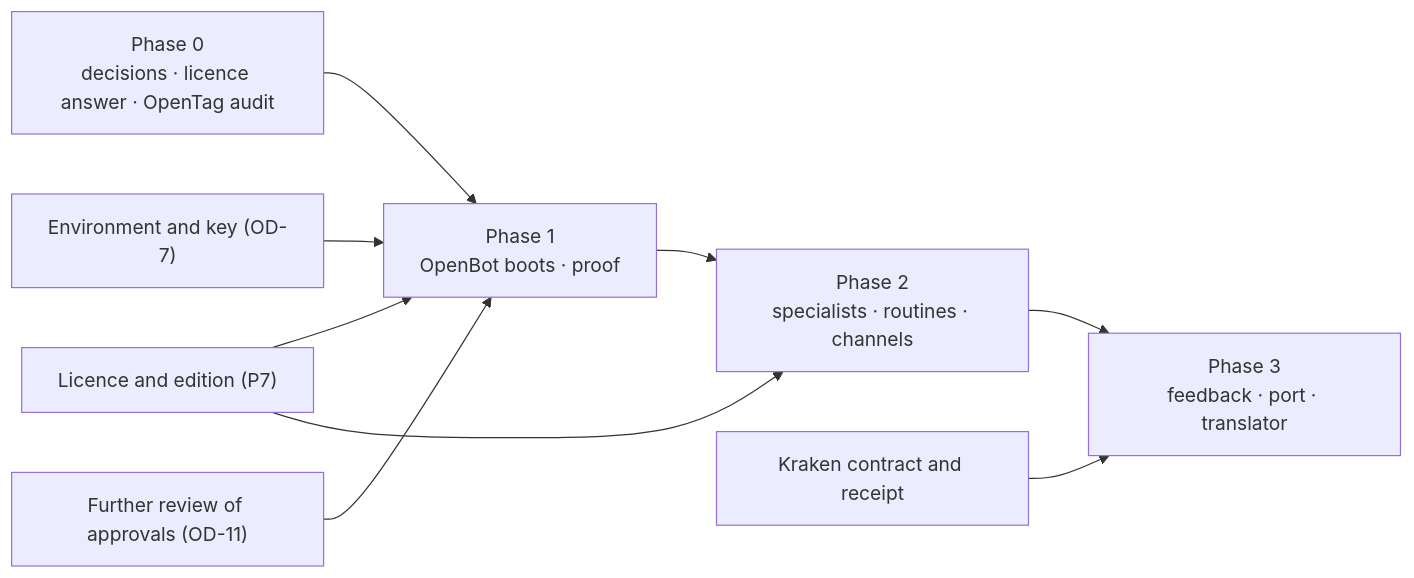
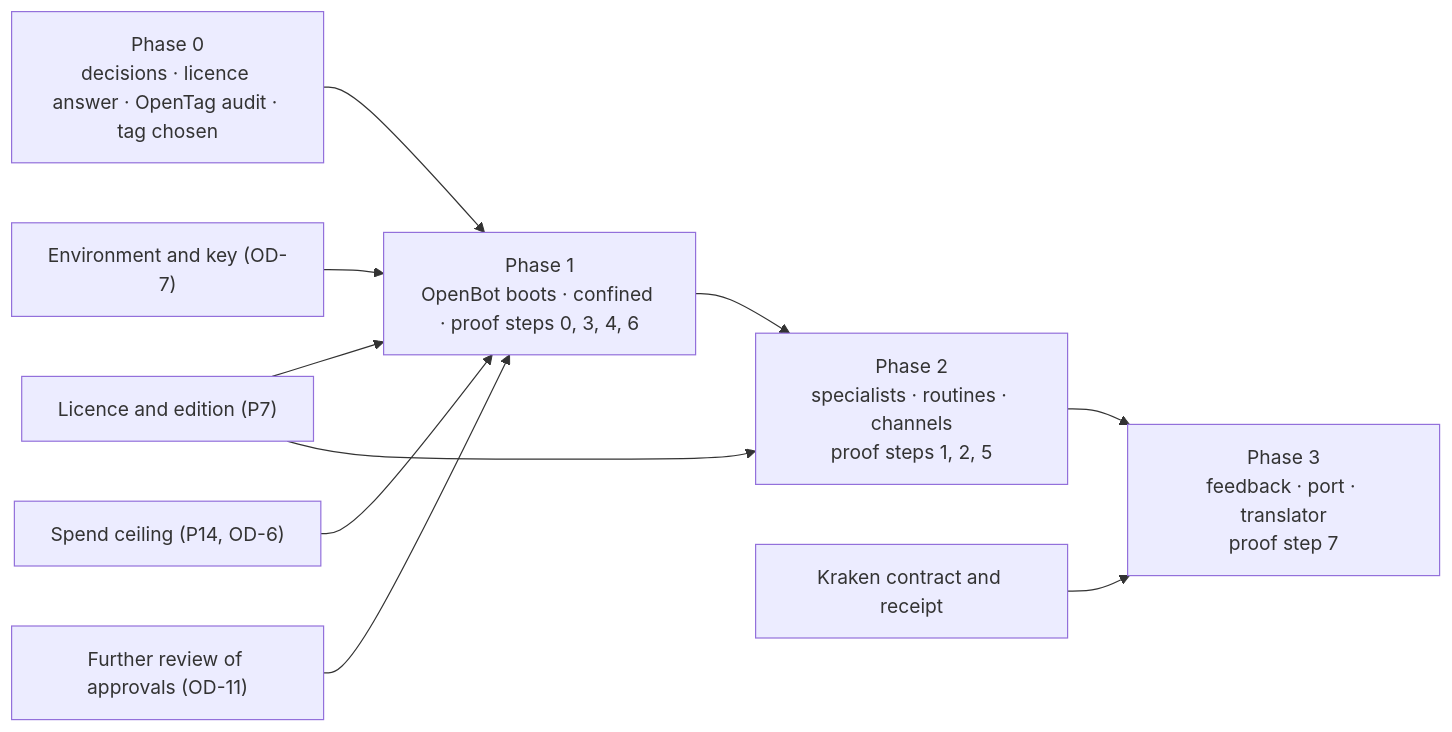
The diagram in docs/architecture/mediation/KIC-ARCH-MED-01/D6-roadmap.md (chrismarchant/kraken-intelligence-adapter), drawn with Mermaid before and after one commit. The commit also changed other lines of this file and 11 other files, not shown here.

````diff
--- a/docs/architecture/mediation/KIC-ARCH-MED-01/D6-roadmap.md
+++ b/docs/architecture/mediation/KIC-ARCH-MED-01/D6-roadmap.md
@@ -57,11 +57,12 @@
 ```mermaid
 flowchart LR
-  P0["Phase 0<br/>decisions · licence answer · OpenTag audit"] --> P1["Phase 1<br/>OpenBot boots · proof"]
-  P1 --> P2["Phase 2<br/>specialists · routines · channels"]
-  P2 --> P3["Phase 3<br/>feedback · port · translator"]
+  P0["Phase 0<br/>decisions · licence answer · OpenTag audit · tag chosen"] --> P1["Phase 1<br/>OpenBot boots · confined · proof steps 0, 3, 4, 6"]
+  P1 --> P2["Phase 2<br/>specialists · routines · channels<br/>proof steps 1, 2, 5"]
+  P2 --> P3["Phase 3<br/>feedback · port · translator<br/>proof step 7"]
   L["Licence and edition (P7)"] --> P1
   L --> P2
   E["Environment and key (OD-7)"] --> P1
+  S["Spend ceiling (P14, OD-6)"] --> P1
   R["Further review of approvals (OD-11)"] --> P1
   K["Kraken contract and receipt"] --> P3
 ```
````
